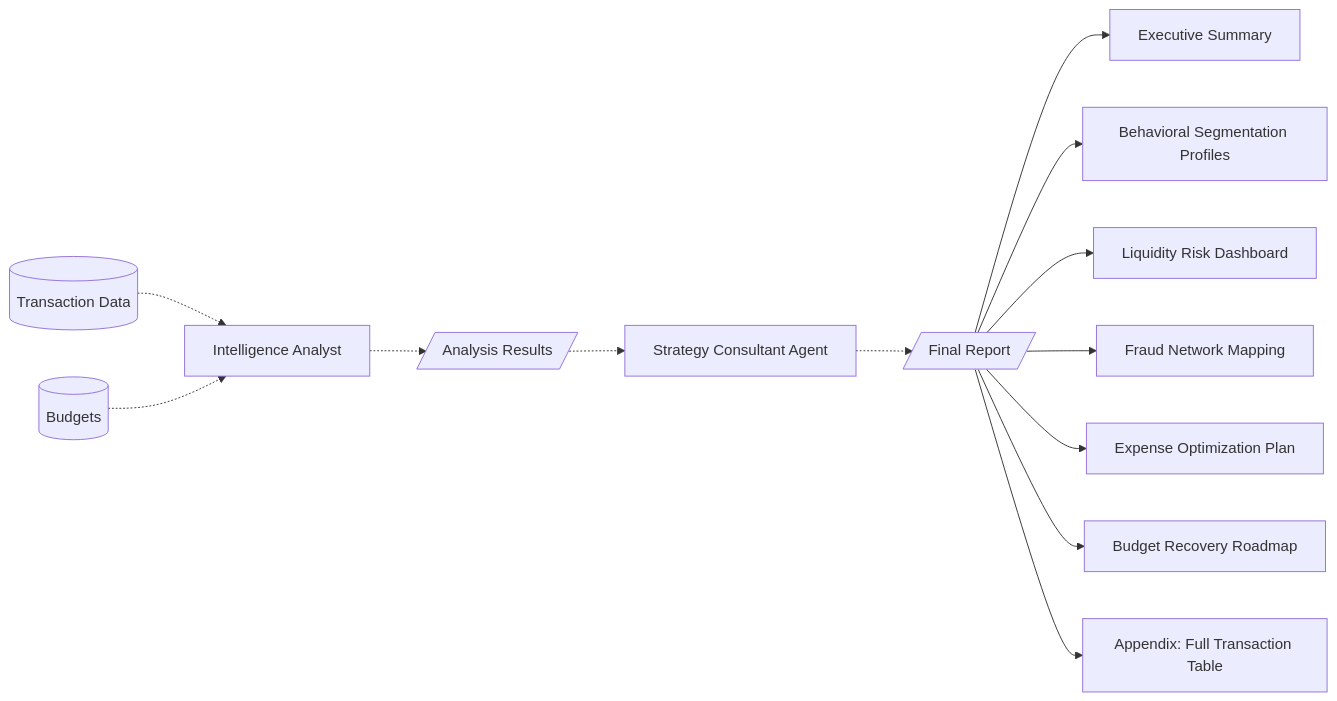
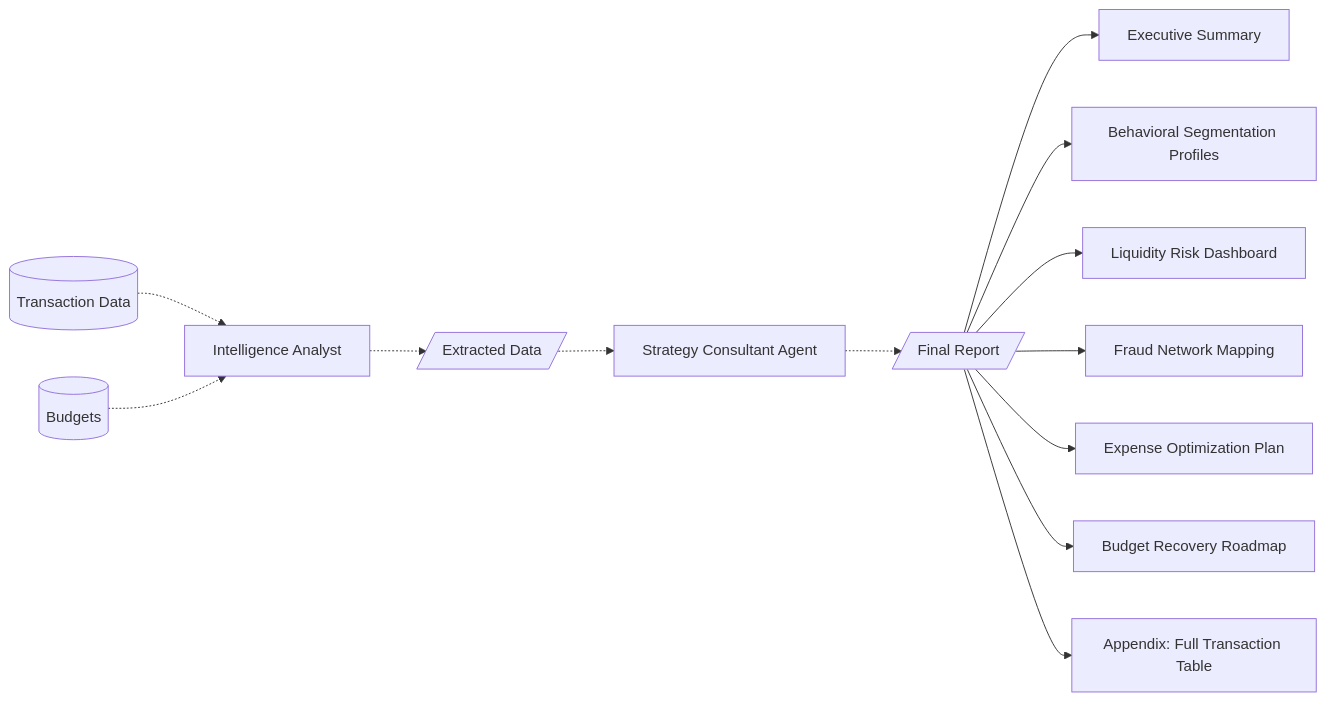
Before and after one commit to rakshita-vijay/finance-tracker: the diagram in trial.md, drawn with Mermaid.

````diff
--- a/trial.md
+++ b/trial.md
@@ -1,15 +1,15 @@
 ```mermaid
 flowchart LR
     Aa[(Transaction Data)] -.-> Ab[Intelligence Analyst]
     Ac[(Budgets)] -.-> Ab 
-    Ab -.-> A[/Analysis Results/]
+    Ab -.-> A[/Extracted Data/]
     A -.-> Ba[Strategy Consultant Agent]
     Ba -.-> B[/Final Report/] 
     B --> C[Executive Summary]
     B --> D[Behavioral Segmentation Profiles]
     B --> E[Liquidity Risk Dashboard]
     B --> F[Fraud Network Mapping]
     B --> G[Expense Optimization Plan]
     B --> H[Budget Recovery Roadmap]
     B --> I[Appendix: Full Transaction Table] 
 ``` 
````
